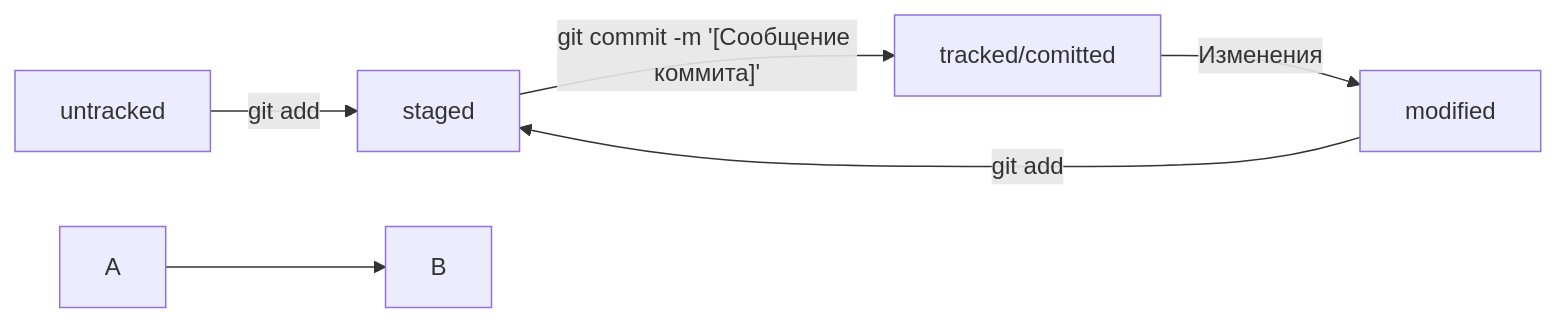
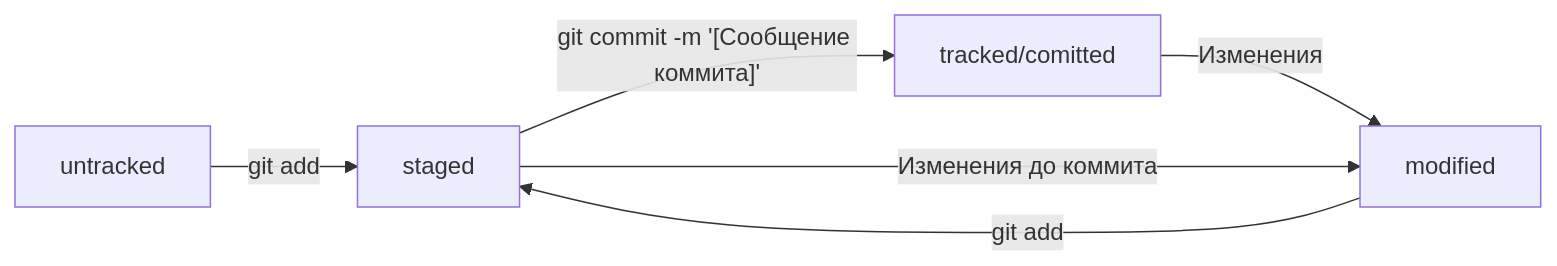
One commit to arsenya124/cheatListOfTheGitPossibilites changed the diagram in GitAndGitHubPossibilites.md. Above: the diagram before and after it, drawn with Mermaid.

Commit message:
Добавлена стрелка для staged к modified до коммита

````diff
--- a/GitAndGitHubPossibilites.md
+++ b/GitAndGitHubPossibilites.md
@@ -195,10 +197,8 @@
 ```mermaid
 graph LR;
   untracked -- "git add" --> staged;
   staged    -- "git commit -m '[Сообщение коммита]'"     --> tracked/comitted;
   tracked/comitted -- "Изменения" --> modified;
   modified -- "git add" --> staged;
-
-%% стрелка без текста для примера: 
-  A --> B;
+  staged -- "Изменения до коммита" --> modified
 ```
````
